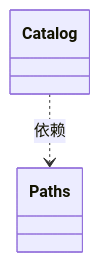
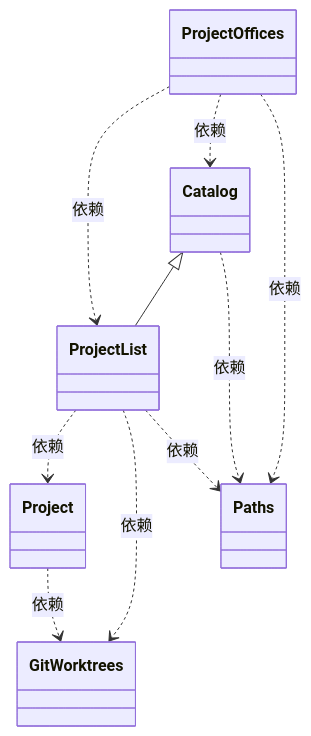
One commit to nan023062/cbim changed the first of 2 diagrams in src/logic-new/projects/ARCHITECTURE.md. Above: the diagram before and after it, drawn with Mermaid. The commit also changed other lines of this file and 30 other files, not shown here.

````diff
--- a/src/logic-new/projects/ARCHITECTURE.md
+++ b/src/logic-new/projects/ARCHITECTURE.md
@@ -18,8 +24,24 @@
 ```mermaid
 classDiagram
+class N_74869bf51bc8["ProjectList"]
+click N_74869bf51bc8 href "project.ts"
 class N_1903d6788542["Catalog"]
 click N_1903d6788542 href "index.ts"
+class N_a266fe79ead9["Project"]
+click N_a266fe79ead9 href "project.ts"
+class N_e27b38931286["GitWorktrees"]
+click N_e27b38931286 href "git-worktrees.ts"
 class N_592911a42b44["Paths"]
 click N_592911a42b44 href "paths.ts"
+class N_0fcbdf6bb4be["ProjectOffices"]
+click N_0fcbdf6bb4be href "offices.ts"
+N_a266fe79ead9 ..> N_e27b38931286 : 依赖
+N_1903d6788542 <|-- N_74869bf51bc8
+N_74869bf51bc8 ..> N_a266fe79ead9 : 依赖
+N_74869bf51bc8 ..> N_e27b38931286 : 依赖
+N_74869bf51bc8 ..> N_592911a42b44 : 依赖
 N_1903d6788542 ..> N_592911a42b44 : 依赖
+N_0fcbdf6bb4be ..> N_74869bf51bc8 : 依赖
+N_0fcbdf6bb4be ..> N_1903d6788542 : 依赖
+N_0fcbdf6bb4be ..> N_592911a42b44 : 依赖
 ```
````
